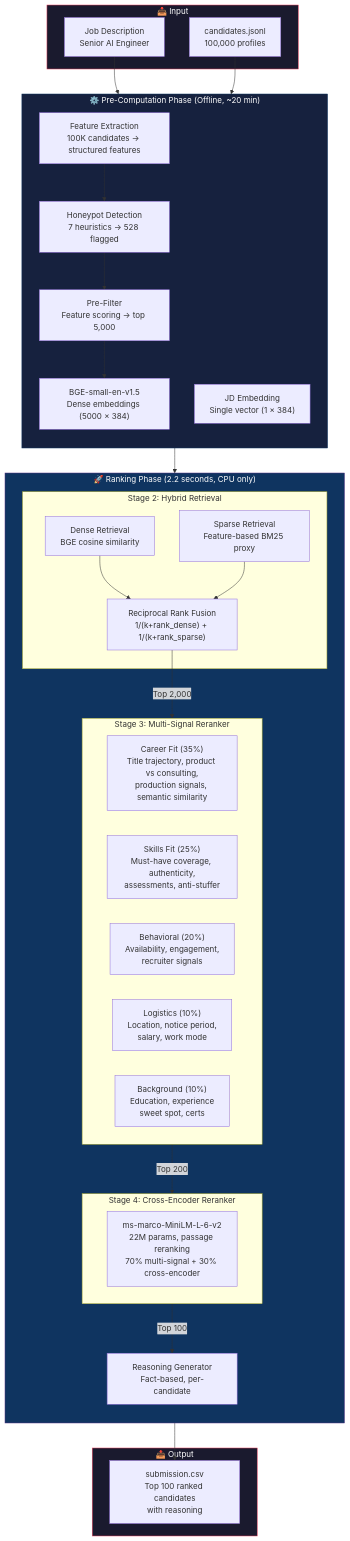
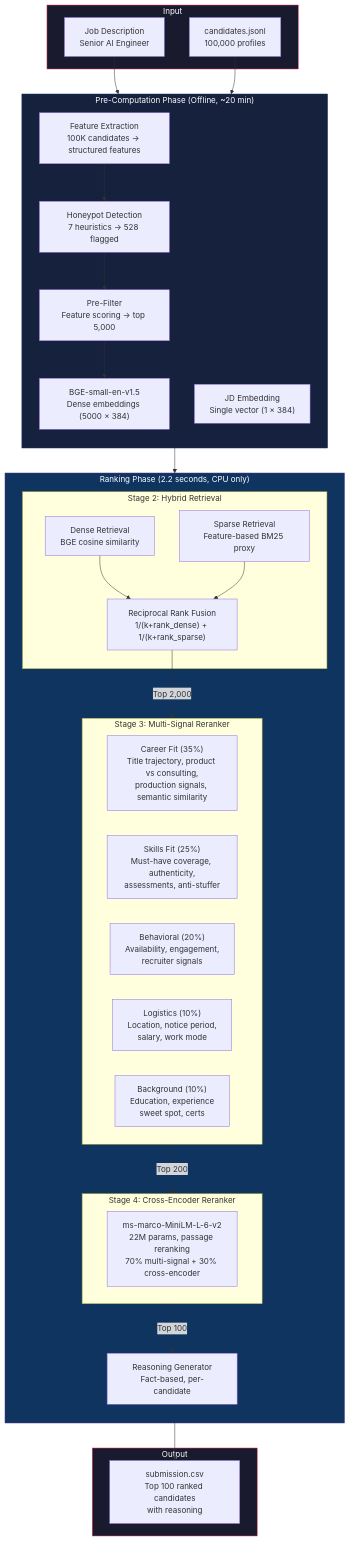
Before and after one commit to Yashraj0906/Intelligent-Candidate-Ranking-System: the first of 5 diagrams in README.md, drawn with Mermaid. The commit also changed other lines of this file, not shown here.

````diff
--- a/README.md
+++ b/README.md
@@ -50,61 +50,61 @@
 ```mermaid
 flowchart TB
-    subgraph INPUT["📥 Input"]
+    subgraph INPUT["Input"]
         JD["Job Description\nSenior AI Engineer"]
         CAND["candidates.jsonl\n100,000 profiles"]
     end
 
-    subgraph PRECOMPUTE["⚙️ Pre-Computation Phase (Offline, ~20 min)"]
+    subgraph PRECOMPUTE["Pre-Computation Phase (Offline, ~20 min)"]
         direction TB
         FE["Feature Extraction\n100K candidates → structured features"]
         HP["Honeypot Detection\n7 heuristics → 528 flagged"]
         PF["Pre-Filter\nFeature scoring → top 5,000"]
         EMB["BGE-small-en-v1.5\nDense embeddings (5000 × 384)"]
         JDE["JD Embedding\nSingle vector (1 × 384)"]
         
         FE --> HP --> PF --> EMB
         JD --> JDE
     end
 
-    subgraph RANK["🚀 Ranking Phase (2.2 seconds, CPU only)"]
+    subgraph RANK["Ranking Phase (2.2 seconds, CPU only)"]
         direction TB
         
         subgraph S2["Stage 2: Hybrid Retrieval"]
             DENSE["Dense Retrieval\nBGE cosine similarity"]
             SPARSE["Sparse Retrieval\nFeature-based BM25 proxy"]
             RRF["Reciprocal Rank Fusion\n1/(k+rank_dense) + 1/(k+rank_sparse)"]
             DENSE --> RRF
             SPARSE --> RRF
         end
         
         subgraph S3["Stage 3: Multi-Signal Reranker"]
             CAREER["Career Fit (35%)\nTitle trajectory, product vs consulting,\nproduction signals, semantic similarity"]
             SKILLS["Skills Fit (25%)\nMust-have coverage, authenticity,\nassessments, anti-stuffer"]
             BEHAV["Behavioral (20%)\nAvailability, engagement,\nrecruiter signals"]
             LOGIS["Logistics (10%)\nLocation, notice period,\nsalary, work mode"]
             BACKG["Background (10%)\nEducation, experience\nsweet spot, certs"]
         end
         
         subgraph S4["Stage 4: Cross-Encoder Reranker"]
             CE["ms-marco-MiniLM-L-6-v2\n22M params, passage reranking\n70% multi-signal + 30% cross-encoder"]
         end
         
         REASON["Reasoning Generator\nFact-based, per-candidate"]
     end
 
-    subgraph OUTPUT["📤 Output"]
+    subgraph OUTPUT["Output"]
         CSV["submission.csv\nTop 100 ranked candidates\nwith reasoning"]
     end
 
     CAND --> PRECOMPUTE
     PRECOMPUTE --> RANK
     RRF -->|"Top 2,000"| S3
     S3 -->|"Top 200"| S4
     S4 -->|"Top 100"| REASON
     REASON --> CSV
 
     style INPUT fill:#1a1a2e,stroke:#e94560,color:#fff
     style PRECOMPUTE fill:#16213e,stroke:#0f3460,color:#fff
     style RANK fill:#0f3460,stroke:#533483,color:#fff
     style OUTPUT fill:#1a1a2e,stroke:#e94560,color:#fff
 ```
````
